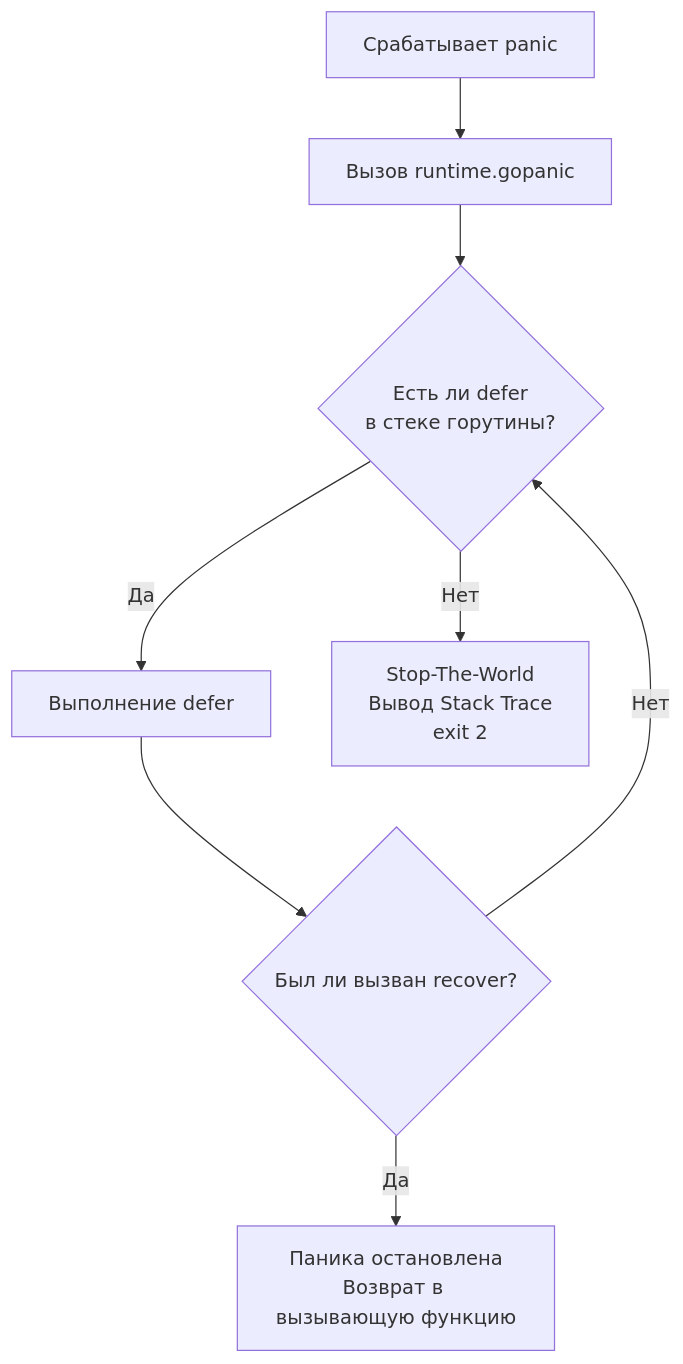
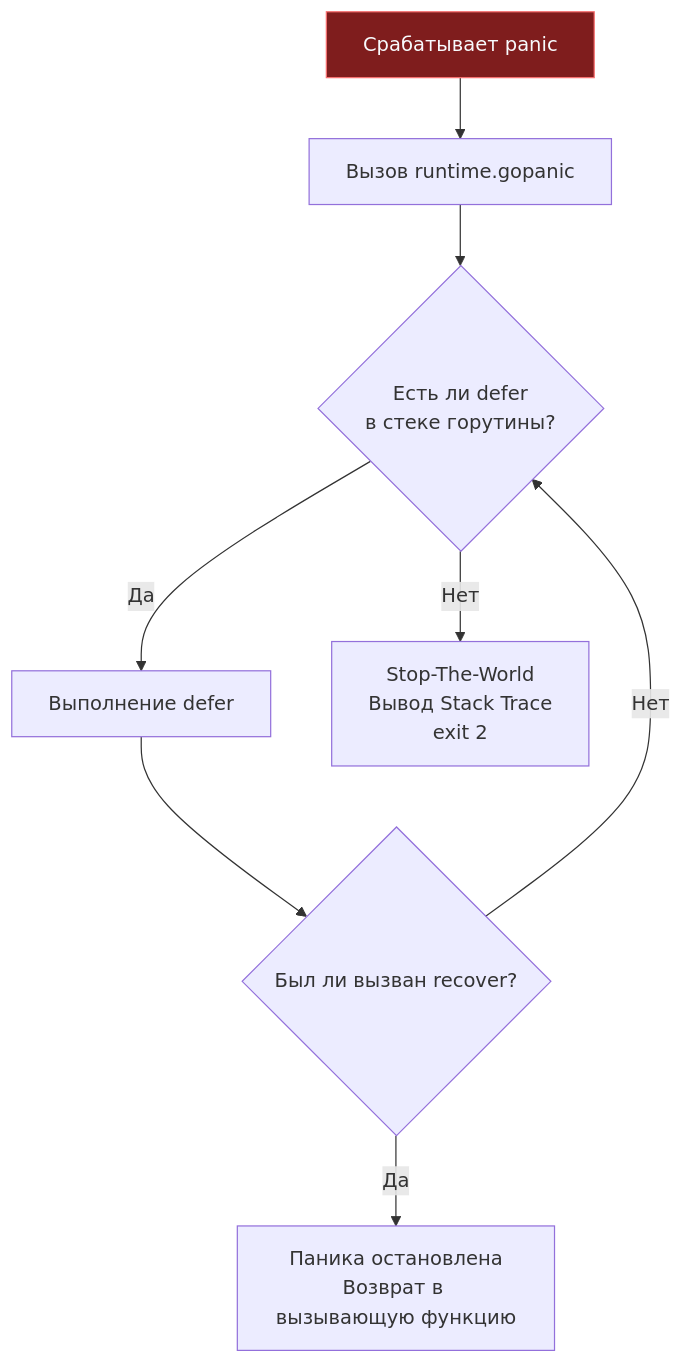
The diagram in sources/5. Учебник по Go (Основы и синтаксис)/13. Panic, Recover и stack trace.md (UnrealTemplier/go-textbook), drawn with Mermaid before and after one commit. The commit also changed 1666 other files, not shown here.

First line of the commit message:
feat(mermaid): add semantic color classDef to 1369 colorless flowchart/graph diagrams

````diff
--- a/sources/5. Учебник по Go (Основы и синтаксис)/13. Panic, Recover и stack trace.md
+++ b/sources/5. Учебник по Go (Основы и синтаксис)/13. Panic, Recover и stack trace.md
@@ -26,10 +26,20 @@
 ```mermaid
 flowchart TD
-    Start["Срабатывает panic"] --> GOPANIC["Вызов runtime.gopanic"]
+    classDef process  fill:#1e293b,stroke:#38bdf8,stroke-width:1px,color:#f8fafc
+    classDef success  fill:#064e3b,stroke:#34d399,stroke-width:1px,color:#f8fafc
+    classDef error    fill:#7f1d1d,stroke:#f87171,stroke-width:1px,color:#f8fafc
+    classDef warning  fill:#78350f,stroke:#fbbf24,stroke-width:1px,color:#f8fafc
+    classDef entry    fill:#1e3a5f,stroke:#38bdf8,stroke-width:2px,color:#f8fafc
+    classDef aux      fill:#334155,stroke:#64748b,stroke-width:1px,color:#f8fafc
+    classDef system   fill:#312e81,stroke:#a78bfa,stroke-width:1px,color:#f8fafc
+    classDef data     fill:#132d29,stroke:#2dd4bf,stroke-width:1px,color:#f8fafc
+    classDef network  fill:#881337,stroke:#fb7185,stroke-width:1px,color:#f8fafc
+    classDef accent   fill:#1e1b4b,stroke:#818cf8,stroke-width:1px,color:#f8fafc
+    Start["Срабатывает panic"]:::error --> GOPANIC["Вызов runtime.gopanic"]
     GOPANIC --> DeferLoop{"Есть ли defer<br>в стеке горутины?"}
     DeferLoop -->|"Да"| ExecuteDefer["Выполнение defer"]
     ExecuteDefer --> CheckRecover{"Был ли вызван recover?"}
     CheckRecover -->|"Да"| Recovered["Паника остановлена<br>Возврат в вызывающую функцию"]
     CheckRecover -->|"Нет"| DeferLoop
     DeferLoop -->|"Нет"| Crash["Stop-The-World<br>Вывод Stack Trace<br>exit 2"]
 ```
````
